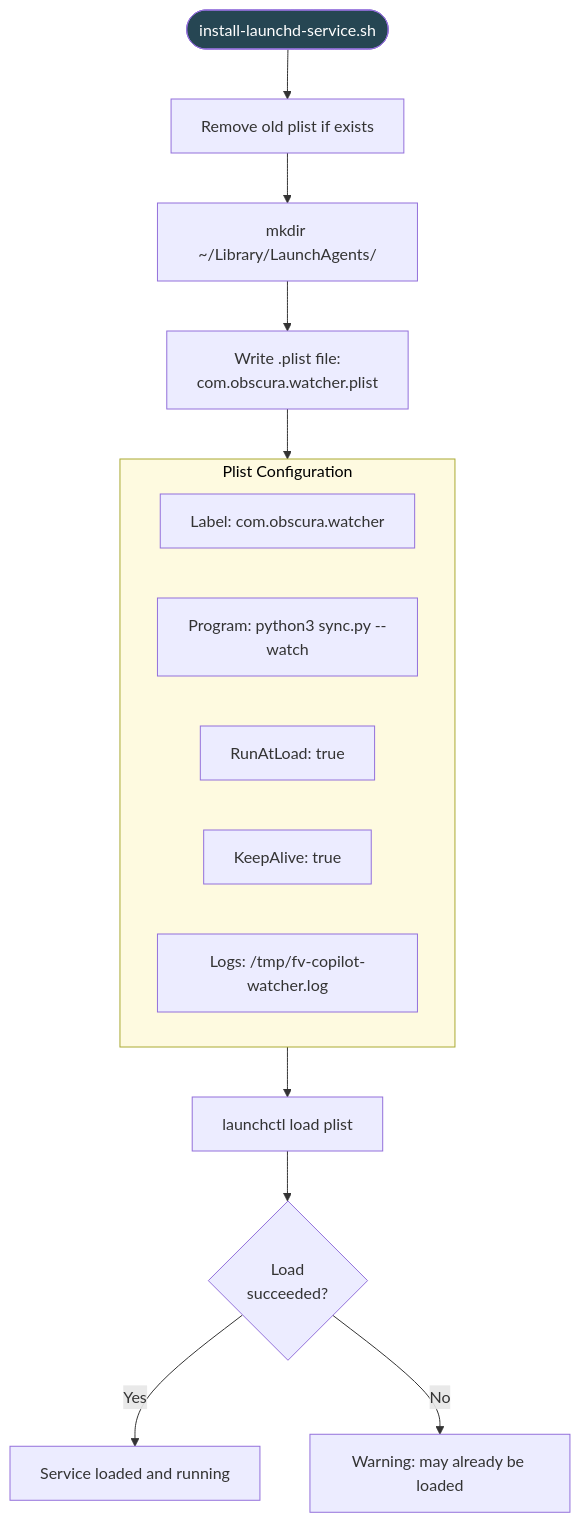
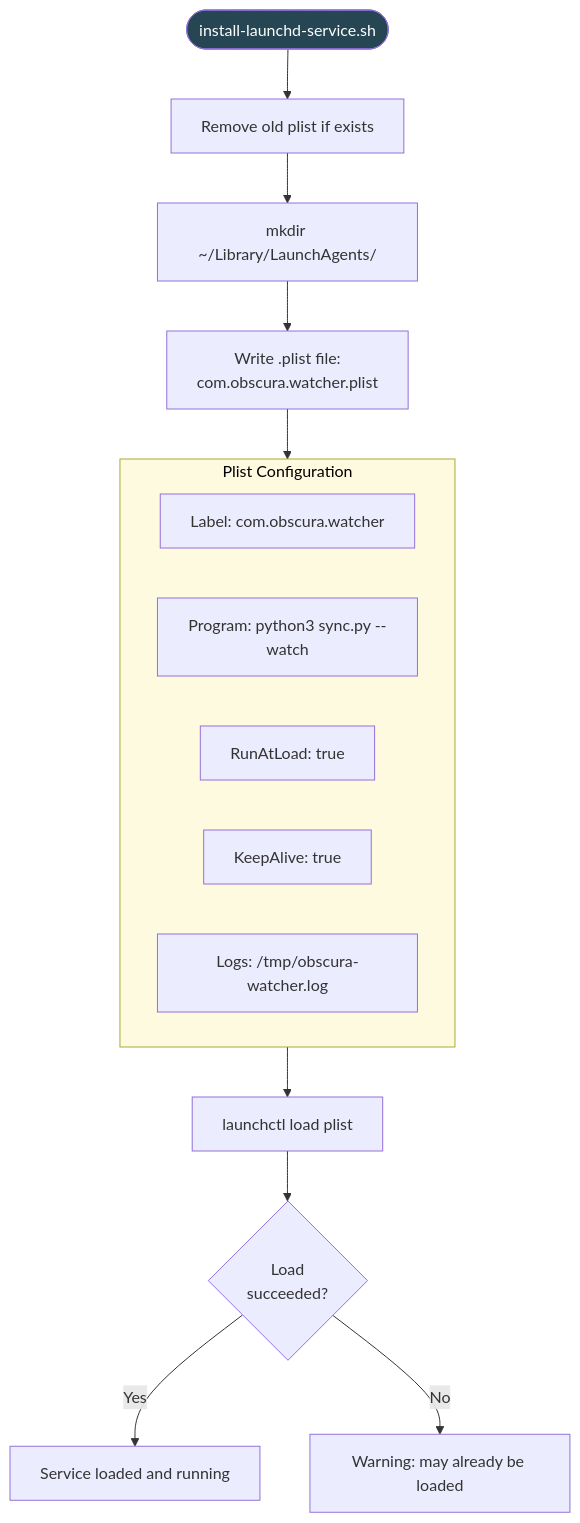
One commit to ElliottBregni/obscura changed the tenth of 16 diagrams in docs/DESIGN-DIAGRAMS.md. Above: the diagram before and after it, drawn with Mermaid. The commit also changed 12 other files, not shown here.

````diff
--- a/docs/DESIGN-DIAGRAMS.md
+++ b/docs/DESIGN-DIAGRAMS.md
@@ -326,23 +326,23 @@
 ```mermaid
 flowchart TD
     Entry([install-launchd-service.sh]) --> CleanOld["Remove old plist if exists"]
     CleanOld --> MkDir["mkdir ~/Library/LaunchAgents/"]
     MkDir --> WritePlist["Write .plist file:<br/>com.obscura.watcher.plist"]
 
     subgraph PlistConfig["Plist Configuration"]
         P1["Label: com.obscura.watcher"]
         P2["Program: python3 sync.py --watch"]
         P3["RunAtLoad: true"]
         P4["KeepAlive: true"]
-        P5["Logs: /tmp/fv-copilot-watcher.log"]
+        P5["Logs: /tmp/obscura-watcher.log"]
     end
 
     WritePlist --> PlistConfig
     PlistConfig --> Load["launchctl load plist"]
     Load --> Check{Load<br/>succeeded?}
     Check -->|Yes| Running["Service loaded and running"]
     Check -->|No| AlreadyLoaded["Warning: may already be loaded"]
 
     style Entry fill:#264653,color:#fff
     style PlistConfig fill:#fefae0,color:#000
 ```
````
